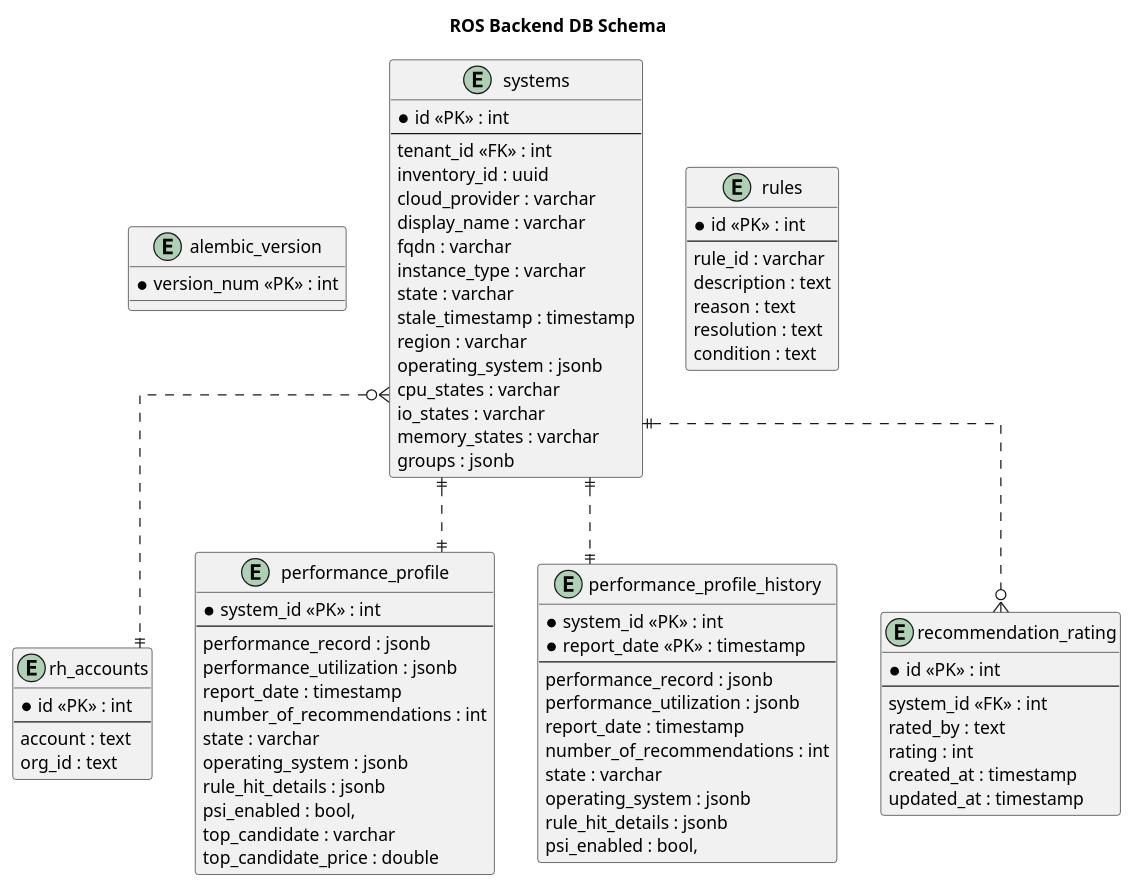
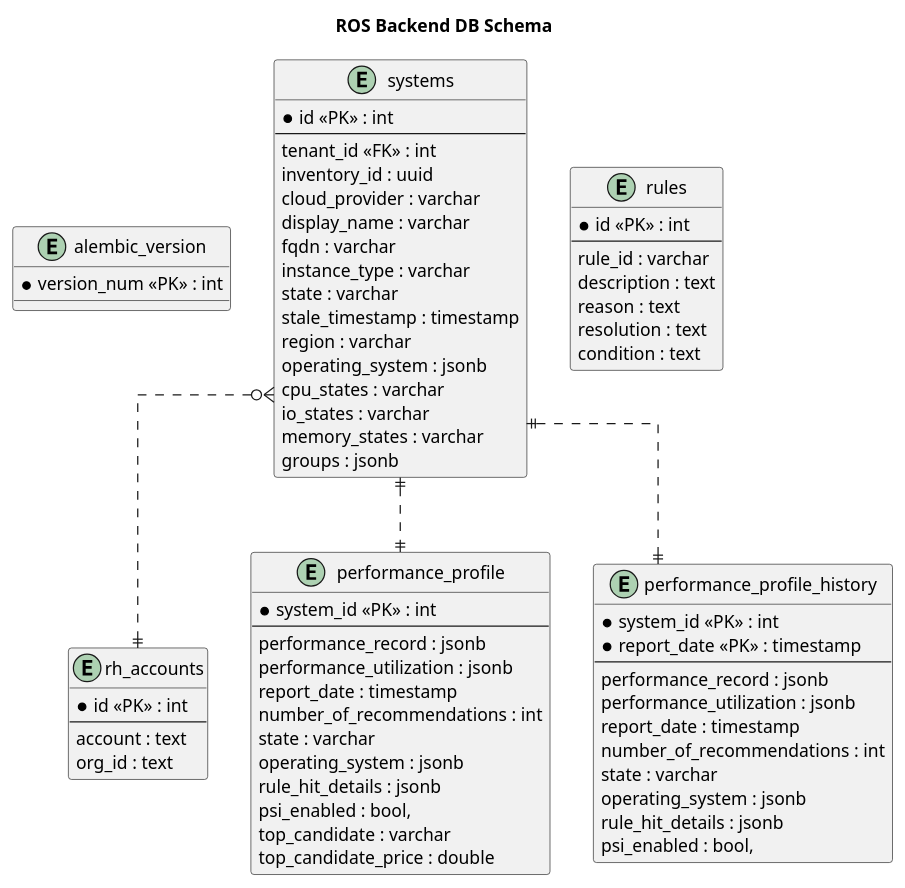
The diagram in docs/db_schema.puml (RedHatInsights/ros-backend), drawn with PlantUML before and after one commit. The commit also changed 8 other files, not shown here.

Commit message:
RHINENG--33507 remove recommendation rating logic (#914)

```diff
--- a/docs/db_schema.puml
+++ b/docs/db_schema.puml
@@ -1,94 +1,81 @@
 @startuml
 title ROS Backend DB Schema
 ' hide the spot
 ' hide circle
 
 ' avoid problems with angled crows feet
 skinparam linetype ortho
 
 entity alembic_version {
   *version_num <<PK>> : int
 }
 
 entity rh_accounts {
   *id <<PK>> : int
   --
   account : text
   org_id : text
 }
 
 entity performance_profile {
   *system_id <<PK>> : int
   --
   performance_record : jsonb
   performance_utilization : jsonb
   report_date : timestamp
   number_of_recommendations : int
   state : varchar
   operating_system : jsonb
   rule_hit_details : jsonb
   psi_enabled : bool,
   top_candidate : varchar
   top_candidate_price : double
 }
 
 entity performance_profile_history {
   *system_id <<PK>> : int
   *report_date <<PK>> : timestamp
   --
   performance_record : jsonb
   performance_utilization : jsonb
   report_date : timestamp
   number_of_recommendations : int
   state : varchar
   operating_system : jsonb
   rule_hit_details : jsonb
   psi_enabled : bool,
 }
 
 entity systems{
   *id <<PK>> : int
   --
   tenant_id <<FK>> : int
   inventory_id : uuid
   cloud_provider : varchar
   display_name : varchar
   fqdn : varchar
   instance_type : varchar
   state : varchar
   stale_timestamp : timestamp
   region : varchar
   operating_system : jsonb
   cpu_states : varchar
   io_states : varchar
   memory_states : varchar
   groups : jsonb
 }
 
 entity rules {
   *id <<PK>> : int
   --
   rule_id : varchar
   description : text
   reason : text
   resolution : text
   condition : text
 }
 
-entity recommendation_rating{
-  *id <<PK>> : int
-  --
-  system_id <<FK>> : int
-  rated_by : text
-  rating : int
-  created_at : timestamp
-  updated_at : timestamp
-}
-
-
-
 systems }o..|| rh_accounts
 systems ||..|| performance_profile
 systems ||..|| performance_profile_history
-systems ||..o{ recommendation_rating
 @enduml
```
